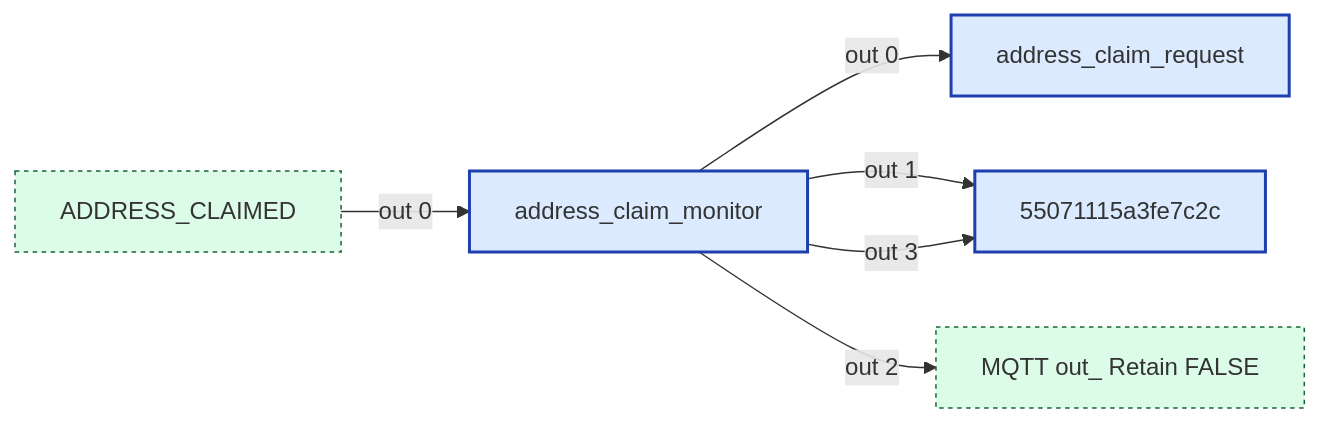
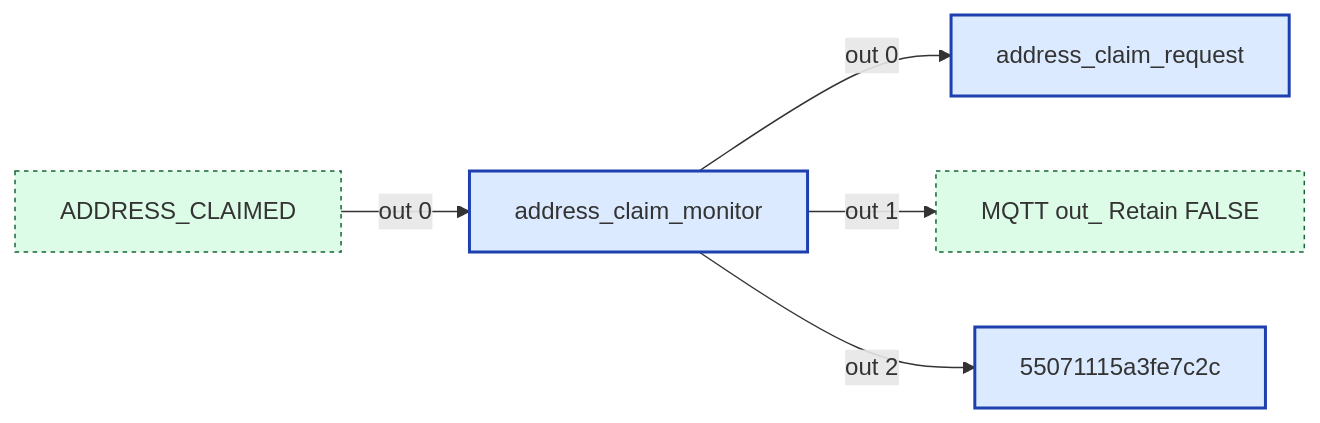
The first of 31 diagrams in src/wiring/config.md (Backroads4Me/librecoach-node-red), drawn with Mermaid before and after one commit. The commit also changed other lines of this file and 5 other files, not shown here.

````diff
--- a/src/wiring/config.md
+++ b/src/wiring/config.md
@@ -24,19 +24,18 @@
 ```mermaid
 flowchart LR
   classDef fn fill:#dbeafe,stroke:#1e40af,stroke-width:2px
   classDef ui fill:#ede9fe,stroke:#5b21b6,stroke-width:2px
   classDef sub fill:#fef3c7,stroke:#92400e,stroke-width:2px
   classDef link fill:#dcfce7,stroke:#166534,stroke-width:1px,stroke-dasharray:3 3
   classDef config fill:#f3f4f6,stroke:#6b7280,stroke-width:1px,stroke-dasharray:2 2
   classDef disabled opacity:0.5,stroke-dasharray:4 4
   n_4e46ba83df00["address_claim_monitor"]:::fn
   n_55071115a3fe["55071115a3fe7c2c"]:::fn
   n_a2334b77d376["MQTT out_ Retain FALSE"]:::link
   n_b846bc1605da["address_claim_request"]:::fn
   n_f01db5ebc3ae["ADDRESS_CLAIMED"]:::link
   n_4e46ba83df00 -->|out 0| n_b846bc1605da
-  n_4e46ba83df00 -->|out 1| n_55071115a3fe
-  n_4e46ba83df00 -->|out 2| n_a2334b77d376
-  n_4e46ba83df00 -->|out 3| n_55071115a3fe
+  n_4e46ba83df00 -->|out 1| n_a2334b77d376
+  n_4e46ba83df00 -->|out 2| n_55071115a3fe
   n_f01db5ebc3ae -->|out 0| n_4e46ba83df00
 ```
````
